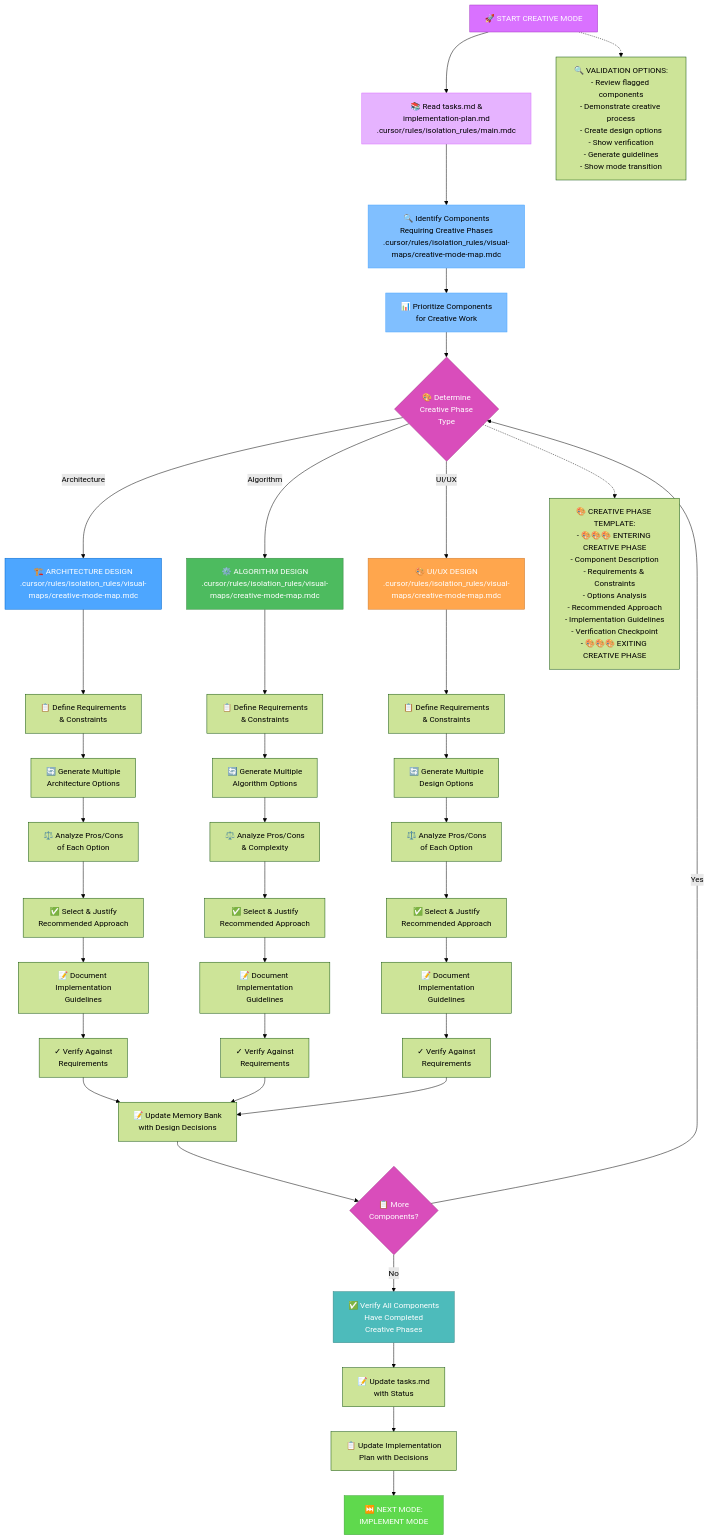
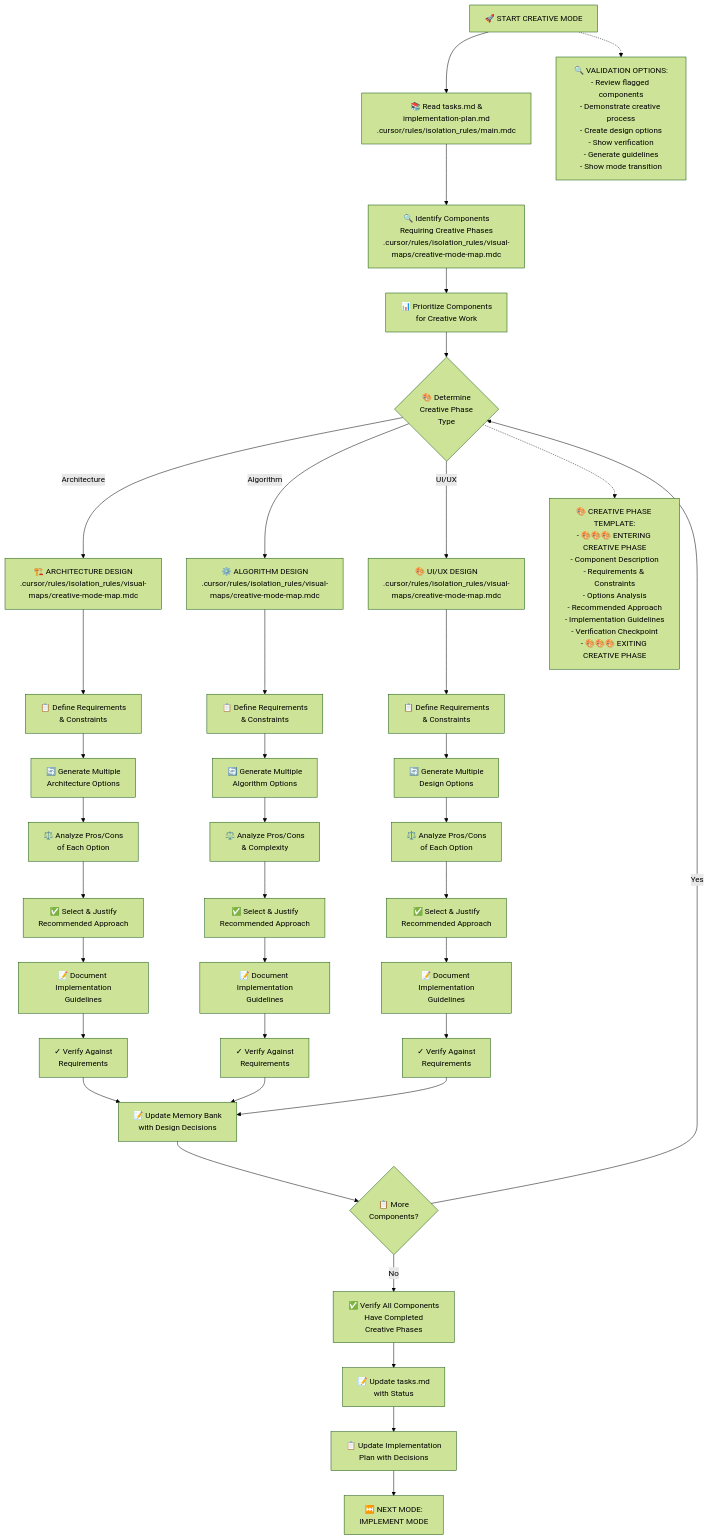
The first of 6 diagrams in custom_modes/creative_instructions.md (yws-coder123/trae-memory-bank), drawn with Mermaid (forest theme) before and after one commit. The commit also changed other lines of this file and 2 other files, not shown here.

````diff
--- a/custom_modes/creative_instructions.md
+++ b/custom_modes/creative_instructions.md
@@ -5,70 +5,58 @@
 ```mermaid
 graph TD
     Start["🚀 START CREATIVE MODE"] --> ReadTasks["📚 Read tasks.md &<br>implementation-plan.md<br>.cursor/rules/isolation_rules/main.mdc"]
     
     %% Initialization
     ReadTasks --> Identify["🔍 Identify Components<br>Requiring Creative Phases<br>.cursor/rules/isolation_rules/visual-maps/creative-mode-map.mdc"]
     Identify --> Prioritize["📊 Prioritize Components<br>for Creative Work"]
     
     %% Creative Phase Type Determination
     Prioritize --> TypeCheck{"🎨 Determine<br>Creative Phase<br>Type"}
     TypeCheck -->|"Architecture"| ArchDesign["🏗️ ARCHITECTURE DESIGN<br>.cursor/rules/isolation_rules/visual-maps/creative-mode-map.mdc"]
     TypeCheck -->|"Algorithm"| AlgoDesign["⚙️ ALGORITHM DESIGN<br>.cursor/rules/isolation_rules/visual-maps/creative-mode-map.mdc"]
     TypeCheck -->|"UI/UX"| UIDesign["🎨 UI/UX DESIGN<br>.cursor/rules/isolation_rules/visual-maps/creative-mode-map.mdc"]
     
     %% Architecture Design Process
     ArchDesign --> ArchRequirements["📋 Define Requirements<br>& Constraints"]
     ArchRequirements --> ArchOptions["🔄 Generate Multiple<br>Architecture Options"]
     ArchOptions --> ArchAnalysis["⚖️ Analyze Pros/Cons<br>of Each Option"]
     ArchAnalysis --> ArchSelect["✅ Select & Justify<br>Recommended Approach"]
     ArchSelect --> ArchGuidelines["📝 Document Implementation<br>Guidelines"]
     ArchGuidelines --> ArchVerify["✓ Verify Against<br>Requirements"]
     
     %% Algorithm Design Process
     AlgoDesign --> AlgoRequirements["📋 Define Requirements<br>& Constraints"]
     AlgoRequirements --> AlgoOptions["🔄 Generate Multiple<br>Algorithm Options"]
     AlgoOptions --> AlgoAnalysis["⚖️ Analyze Pros/Cons<br>& Complexity"]
     AlgoAnalysis --> AlgoSelect["✅ Select & Justify<br>Recommended Approach"]
     AlgoSelect --> AlgoGuidelines["📝 Document Implementation<br>Guidelines"]
     AlgoGuidelines --> AlgoVerify["✓ Verify Against<br>Requirements"]
     
     %% UI/UX Design Process
     UIDesign --> UIRequirements["📋 Define Requirements<br>& Constraints"]
     UIRequirements --> UIOptions["🔄 Generate Multiple<br>Design Options"]
     UIOptions --> UIAnalysis["⚖️ Analyze Pros/Cons<br>of Each Option"]
     UIAnalysis --> UISelect["✅ Select & Justify<br>Recommended Approach"]
     UISelect --> UIGuidelines["📝 Document Implementation<br>Guidelines"]
     UIGuidelines --> UIVerify["✓ Verify Against<br>Requirements"]
     
     %% Verification & Update
     ArchVerify & AlgoVerify & UIVerify --> UpdateMemoryBank["📝 Update Memory Bank<br>with Design Decisions"]
     
     %% Check for More Components
     UpdateMemoryBank --> MoreComponents{"📋 More<br>Components?"}
     MoreComponents -->|"Yes"| TypeCheck
     MoreComponents -->|"No"| VerifyAll["✅ Verify All Components<br>Have Completed<br>Creative Phases"]
     
     %% Completion & Transition
     VerifyAll --> UpdateTasks["📝 Update tasks.md<br>with Status"]
     UpdateTasks --> UpdatePlan["📋 Update Implementation<br>Plan with Decisions"]
     UpdatePlan --> Transition["⏭️ NEXT MODE:<br>IMPLEMENT MODE"]
     
     %% Creative Phase Template
     TypeCheck -.-> Template["🎨 CREATIVE PHASE TEMPLATE:<br>- 🎨🎨🎨 ENTERING CREATIVE PHASE<br>- Component Description<br>- Requirements & Constraints<br>- Options Analysis<br>- Recommended Approach<br>- Implementation Guidelines<br>- Verification Checkpoint<br>- 🎨🎨🎨 EXITING CREATIVE PHASE"]
     
     %% Validation Options
     Start -.-> Validation["🔍 VALIDATION OPTIONS:<br>- Review flagged components<br>- Demonstrate creative process<br>- Create design options<br>- Show verification<br>- Generate guidelines<br>- Show mode transition"]
     
-    %% Styling
-    style Start fill:#d971ff,stroke:#a33bc2,color:white
-    style ReadTasks fill:#e6b3ff,stroke:#d971ff
-    style Identify fill:#80bfff,stroke:#4da6ff
-    style Prioritize fill:#80bfff,stroke:#4da6ff
-    style TypeCheck fill:#d94dbb,stroke:#a3378a,color:white
-    style ArchDesign fill:#4da6ff,stroke:#0066cc,color:white
-    style AlgoDesign fill:#4dbb5f,stroke:#36873f,color:white
-    style UIDesign fill:#ffa64d,stroke:#cc7a30,color:white
-    style MoreComponents fill:#d94dbb,stroke:#a3378a,color:white
-    style VerifyAll fill:#4dbbbb,stroke:#368787,color:white
-    style Transition fill:#5fd94d,stroke:#3da336,color:white
 ```
````
